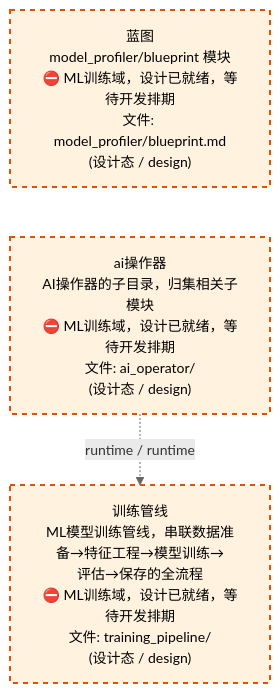
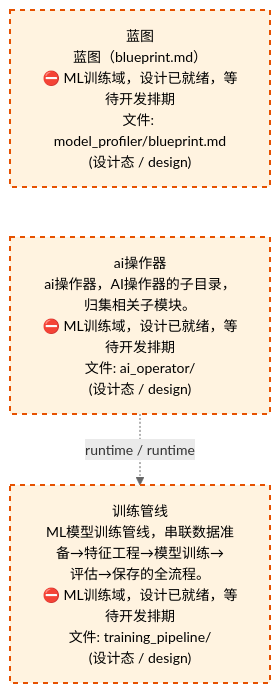
The third of 4 diagrams in docs/02_enterprise_architecture/02_domain_architecture_docs/61_d_ml_train.md (xuanFelixVan/ZephyrAlpha), drawn with Mermaid before and after one commit. The commit also changed other lines of this file and 61 other files, not shown here.

````diff
--- a/docs/02_enterprise_architecture/02_domain_architecture_docs/61_d_ml_train.md
+++ b/docs/02_enterprise_architecture/02_domain_architecture_docs/61_d_ml_train.md
@@ -119,14 +119,14 @@
 ```mermaid
 %%{init: {'theme': 'base', 'themeVariables': {'primaryColor': '#eaeaea', 'primaryTextColor': '#333333', 'primaryBorderColor': '#666666', 'lineColor': '#666666', 'secondaryColor': '#eaeaea', 'tertiaryColor': '#eaeaea', 'fontSize': '14px'}}}%%
 flowchart TD
-    docs_03_modules_cross_layer_model_profiler_blueprint_md["蓝图<br/>model_profiler/blueprint 模块<br/>⛔ ML训练域，设计已就绪，等待开发排期<br/>文件: model_profiler/blueprint.md<br/>(设计态 / design)"]
-    src_zephyr_ml_train_ai_operator["ai操作器<br/>AI操作器的子目录，归集相关子模块<br/>⛔ ML训练域，设计已就绪，等待开发排期<br/>文件: ai_operator/<br/>(设计态 / design)"]
+    docs_03_modules_cross_layer_model_profiler_blueprint_md["蓝图<br/>蓝图（blueprint.md）<br/>⛔ ML训练域，设计已就绪，等待开发排期<br/>文件: model_profiler/blueprint.md<br/>(设计态 / design)"]
+    src_zephyr_ml_train_ai_operator["ai操作器<br/>ai操作器，AI操作器的子目录，归集相关子模块。<br/>⛔ ML训练域，设计已就绪，等待开发排期<br/>文件: ai_operator/<br/>(设计态 / design)"]
     docs_03_modules_cross_layer_model_profiler_blueprint_md ~~~ src_zephyr_ml_train_ai_operator
-    src_zephyr_ml_train_training_pipeline["训练管线<br/>ML模型训练管线，串联数据准备→特征工程→模型训练→<br/>评估→保存的全流程<br/>⛔ ML训练域，设计已就绪，等待开发排期<br/>文件: training_pipeline/<br/>(设计态 / design)"]
+    src_zephyr_ml_train_training_pipeline["训练管线<br/>ML模型训练管线，串联数据准备→特征工程→模型训练→<br/>评估→保存的全流程。<br/>⛔ ML训练域，设计已就绪，等待开发排期<br/>文件: training_pipeline/<br/>(设计态 / design)"]
     src_zephyr_ml_train_ai_operator -.->|runtime / runtime| src_zephyr_ml_train_training_pipeline
     classDef production fill:#e1f5fe,stroke:#01579b,stroke-width:2px,color:#000
     classDef design fill:#fff3e0,stroke:#e65100,stroke-width:2px,color:#000,stroke-dasharray: 5 5
     classDef external_prod fill:#e8f4fd,stroke:#0277bd,stroke-width:1px,color:#000
     classDef external_design fill:#fff8e7,stroke:#ef6c00,stroke-width:1px,color:#000,stroke-dasharray: 5 5
     class docs_03_modules_cross_layer_model_profiler_blueprint_md,src_zephyr_ml_train_ai_operator,src_zephyr_ml_train_training_pipeline design
 ```
````
